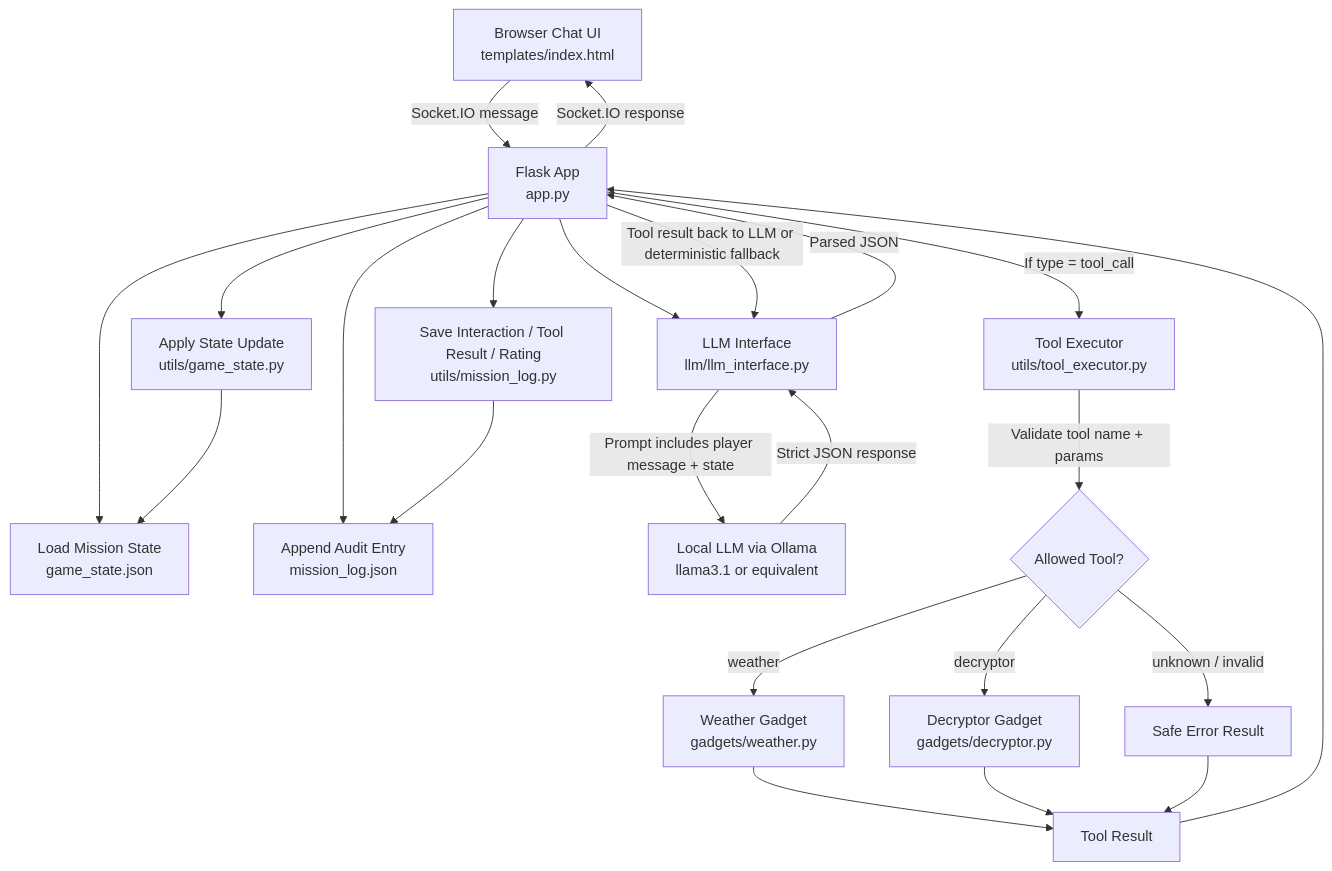
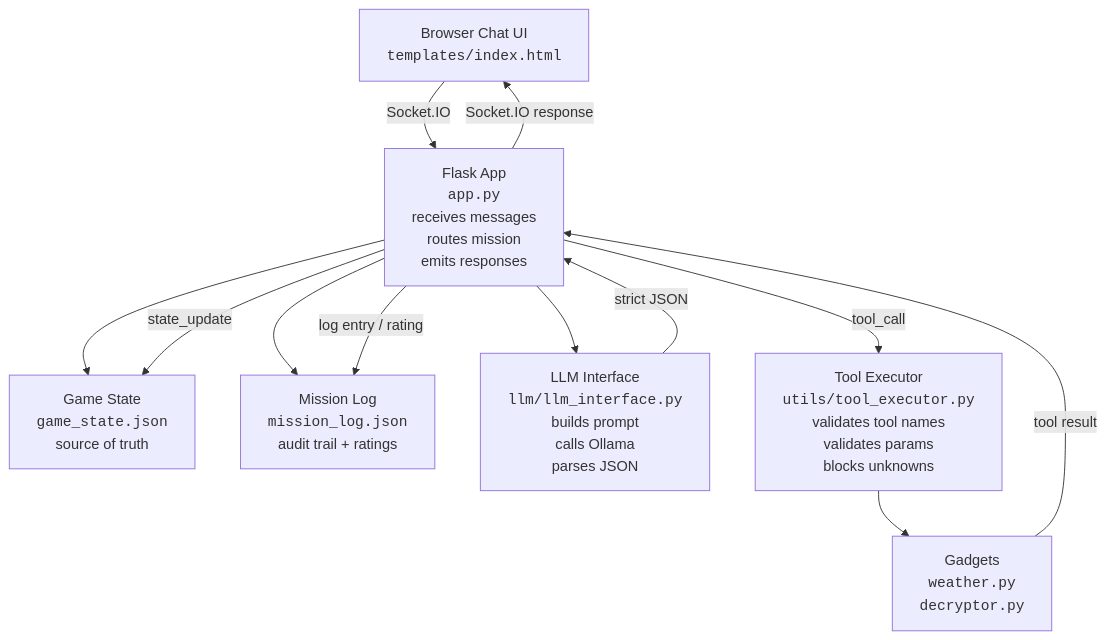
The first of 2 diagrams in README.md (8088cruz/secret-agent-deep-atlas), drawn with Mermaid before and after one commit. The commit also changed other lines of this file, not shown here.

Commit message:
docs: added Mermaid architecture diagram

````diff
--- a/README.md
+++ b/README.md
@@ -77,35 +93,22 @@
 ```mermaid
 flowchart TD
-    A[Browser Chat UI<br/>templates/index.html] -->|Socket.IO message| B[Flask App<br/>app.py]
+    A["Browser Chat UI<br/><code>templates/index.html</code>"]
+    B["Flask App<br/><code>app.py</code><br/>receives messages<br/>routes mission<br/>emits responses"]
+    C["Game State<br/><code>game_state.json</code><br/>source of truth"]
+    D["Mission Log<br/><code>mission_log.json</code><br/>audit trail + ratings"]
+    E["LLM Interface<br/><code>llm/llm_interface.py</code><br/>builds prompt<br/>calls Ollama<br/>parses JSON"]
+    F["Tool Executor<br/><code>utils/tool_executor.py</code><br/>validates tool names<br/>validates params<br/>blocks unknowns"]
+    G["Gadgets<br/><code>weather.py</code><br/><code>decryptor.py</code>"]
 
-    B --> C[Load Mission State<br/>game_state.json]
-    B --> D[Append Audit Entry<br/>mission_log.json]
-
-    B --> E[LLM Interface<br/>llm/llm_interface.py]
-    E -->|Prompt includes player message + state| F[Local LLM via Ollama<br/>llama3.1 or equivalent]
-
-    F -->|Strict JSON response| E
-    E -->|Parsed JSON| B
-
-    B -->|If type = tool_call| G[Tool Executor<br/>utils/tool_executor.py]
-    G -->|Validate tool name + params| H{Allowed Tool?}
-
-    H -->|weather| I[Weather Gadget<br/>gadgets/weather.py]
-    H -->|decryptor| J[Decryptor Gadget<br/>gadgets/decryptor.py]
-    H -->|unknown / invalid| K[Safe Error Result]
-
-    I --> L[Tool Result]
-    J --> L
-    K --> L
-
-    L --> B
-    B -->|Tool result back to LLM or deterministic fallback| E
-
-    B --> M[Apply State Update<br/>utils/game_state.py]
-    M --> C
-
-    B --> N[Save Interaction / Tool Result / Rating<br/>utils/mission_log.py]
-    N --> D
-
-    B -->|Socket.IO response| A
+    A -->|"Socket.IO"| B
+    B --> C
+    B --> D
+    B --> E
+    E -->|"strict JSON"| B
+    B -->|"tool_call"| F
+    F --> G
+    G -->|"tool result"| B
+    B -->|"state_update"| C
+    B -->|"log entry / rating"| D
+    B -->|"Socket.IO response"| A
 ```
````
